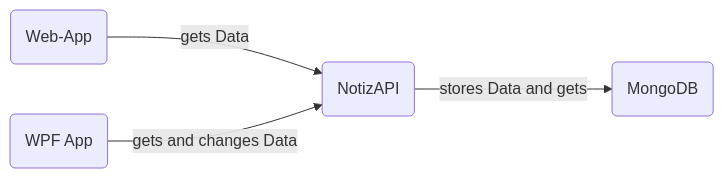
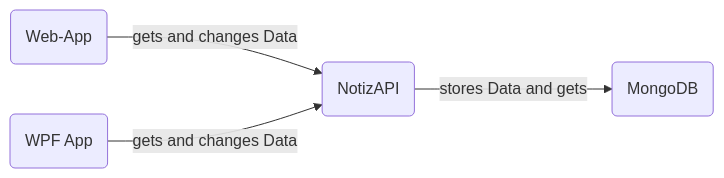
Before and after one commit to LeonRothauer/POS_4AHINF_API: the first of 2 diagrams in README.md, drawn with Mermaid.

````diff
--- a/README.md
+++ b/README.md
@@ -12,7 +12,7 @@
 ```mermaid
 graph LR
-A(Web-App) -- gets Data --> C
+A(Web-App) -- gets and changes Data --> C
 B(WPF App) -- gets and changes Data --> C
 C(NotizAPI) -- stores Data and gets --> D
 D(MongoDB)
 ```
````
